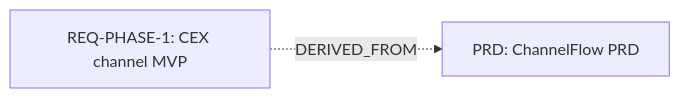
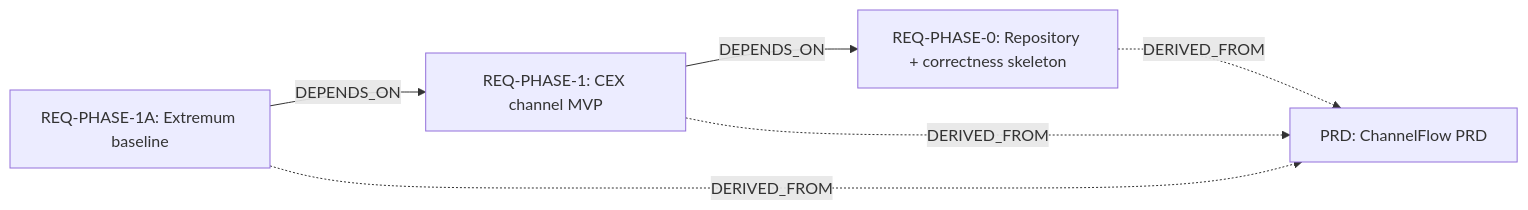
The second of 11 diagrams in vault/00-index/Traceability Dashboard.md (nikshev/market-forge), drawn with Mermaid before and after one commit. The commit also changed other lines of this file, not shown here.

````diff
--- a/vault/00-index/Traceability Dashboard.md
+++ b/vault/00-index/Traceability Dashboard.md
@@ -115,6 +118,12 @@
 ```mermaid
 graph LR
   PRD["PRD: ChannelFlow PRD"]
+  REQ_PHASE_0["REQ-PHASE-0: Repository + correctness skeleton"]
   REQ_PHASE_1["REQ-PHASE-1: CEX channel MVP"]
+  REQ_PHASE_1A["REQ-PHASE-1A: Extremum baseline"]
+  REQ_PHASE_1 -->|DEPENDS_ON| REQ_PHASE_0
+  REQ_PHASE_1A -->|DEPENDS_ON| REQ_PHASE_1
+  REQ_PHASE_0 -.->|DERIVED_FROM| PRD
   REQ_PHASE_1 -.->|DERIVED_FROM| PRD
+  REQ_PHASE_1A -.->|DERIVED_FROM| PRD
 ```
````
